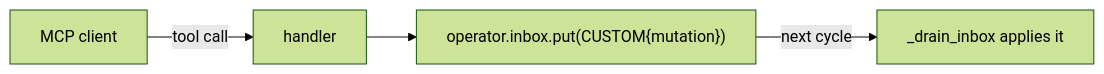
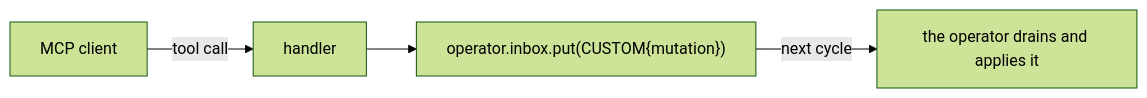
Before and after one commit to radical-cybertools/radical.adr: the diagram in docs/integrations/mcp-server.mdx, drawn with Mermaid (forest theme). The commit also changed other lines of this file and 18 other files, not shown here.

````diff
--- a/docs/integrations/mcp-server.mdx
+++ b/docs/integrations/mcp-server.mdx
@@ -39,6 +39,6 @@
 ```mermaid
 flowchart LR
     C["MCP client"] -->|tool call| H["handler"]
     H --> I["operator.inbox.put(CUSTOM{mutation})"]
-    I -->|next cycle| D["_drain_inbox applies it"]
+    I -->|next cycle| D["the operator drains and applies it"]
 ```
````
